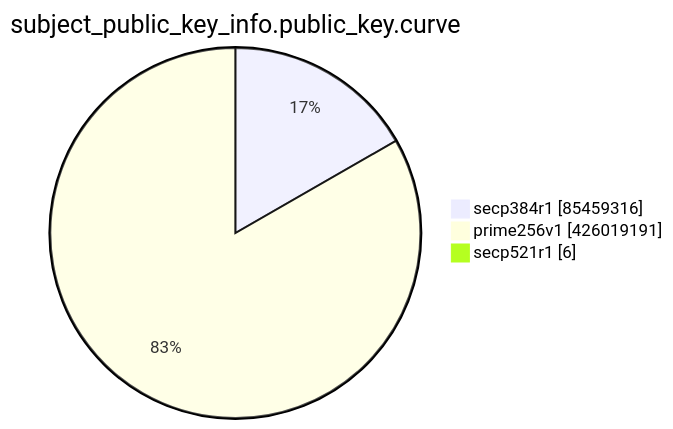
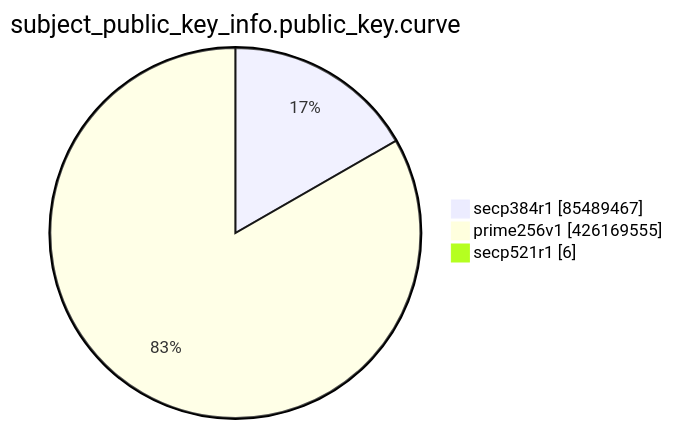
Before and after one commit to christiankrug/ctmonitor_visualization: the eighth of 15 diagrams in TOTAL/README.md, drawn with Mermaid. The commit also changed other lines of this file, not shown here.

````diff
--- a/TOTAL/README.md
+++ b/TOTAL/README.md
@@ -3100,7 +3100,7 @@
 ```mermaid
 pie showData
 title subject_public_key_info.public_key.curve
-"secp384r1" :85459316
-"prime256v1" :426019191
+"secp384r1" :85489467
+"prime256v1" :426169555
 "secp521r1" :6
 ```
````
